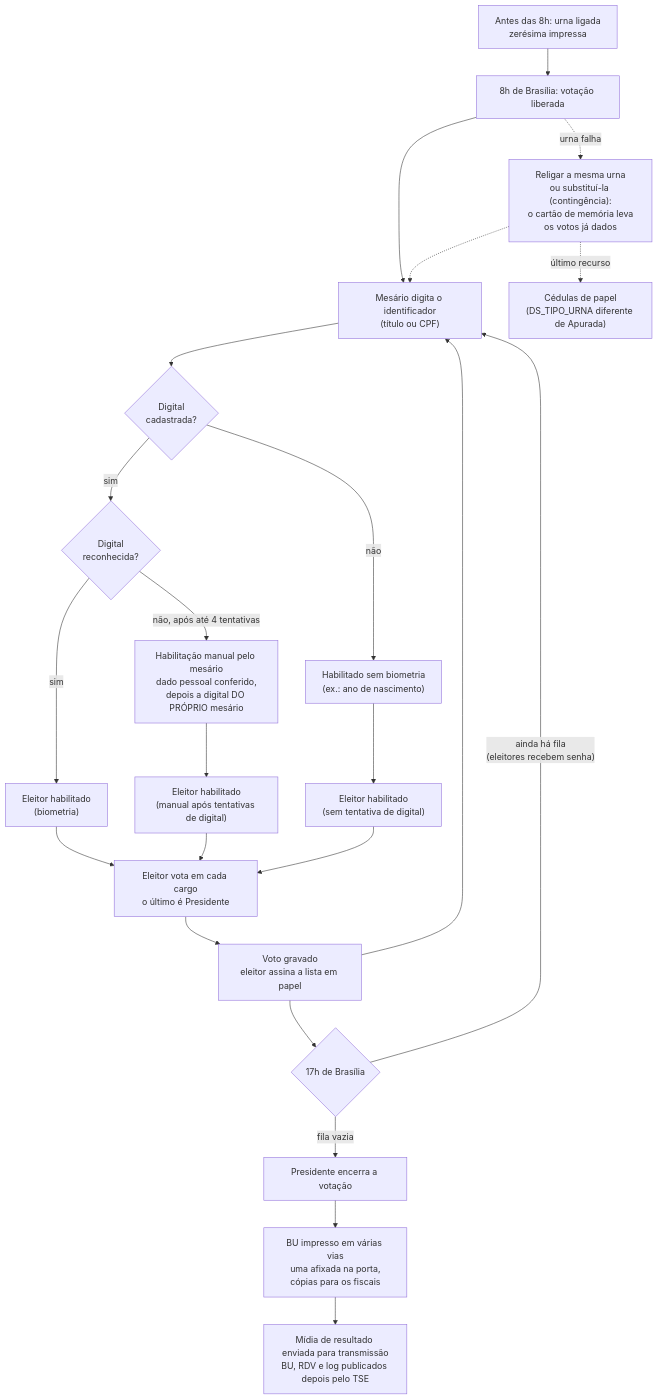
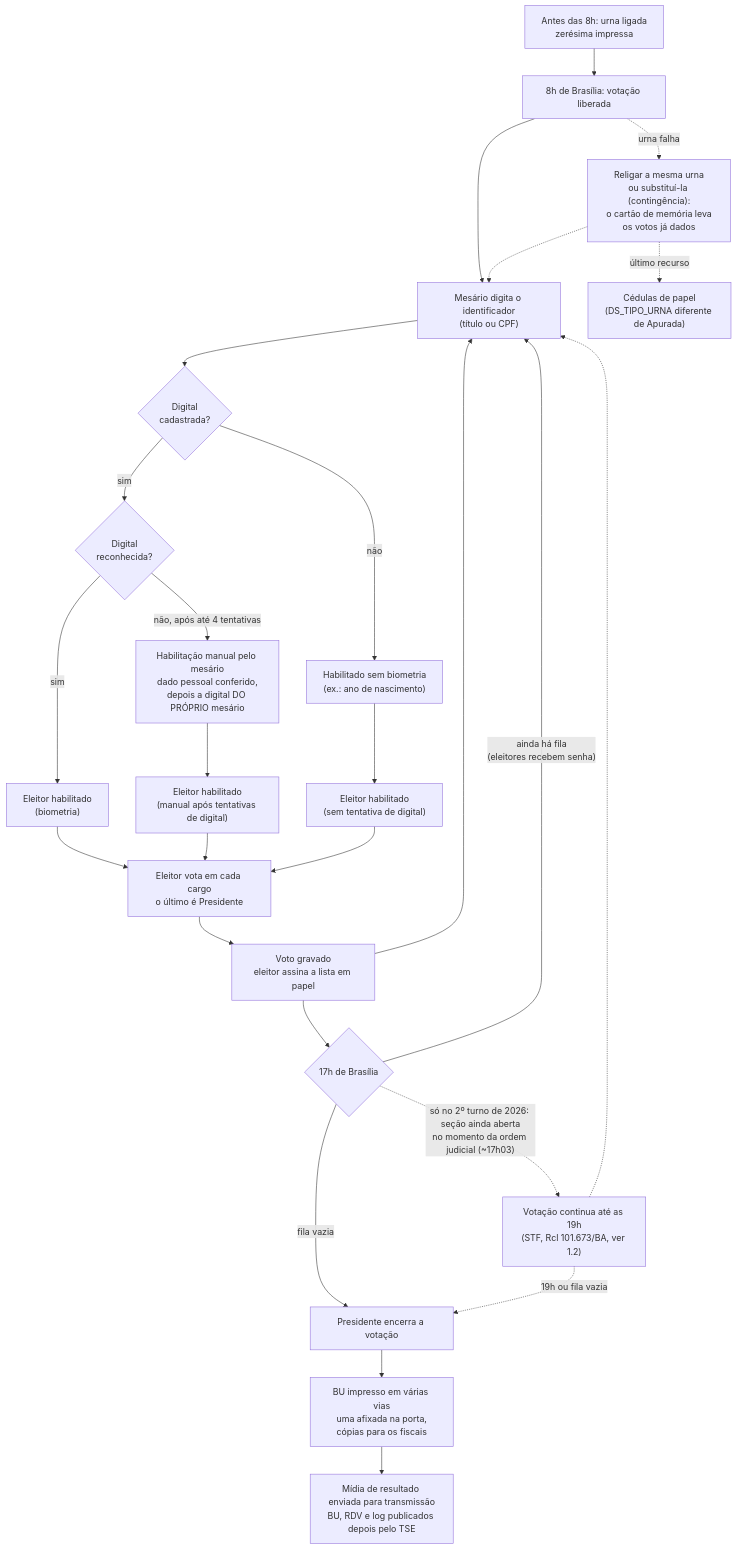
The diagram in RESEARCH_PLAN-pt-br.md (JonatasOnca/Auditoria-Eleicao-2026), drawn with Mermaid before and after one commit. The commit also changed other lines of this file and 1 other file, not shown here.

First line of the commit message:
Prorrogação até as 19h no 2º turno de 2026 no plano de pesquisa

````diff
--- a/RESEARCH_PLAN-pt-br.md
+++ b/RESEARCH_PLAN-pt-br.md
@@ -53,25 +53,28 @@
 ```mermaid
 flowchart TD
     A["Antes das 8h: urna ligada<br/>zerésima impressa"] --> B["8h de Brasília: votação liberada"]
     B --> C["Mesário digita o identificador<br/>(título ou CPF)"]
     C --> D{"Digital<br/>cadastrada?"}
     D -- sim --> E{"Digital<br/>reconhecida?"}
     E -- sim --> H["Eleitor habilitado<br/>(biometria)"]
     E -- "não, após até 4 tentativas" --> F["Habilitação manual pelo mesário<br/>dado pessoal conferido,<br/>depois a digital DO PRÓPRIO mesário"]
     D -- não --> G["Habilitado sem biometria<br/>(ex.: ano de nascimento)"]
     F --> I["Eleitor habilitado<br/>(manual após tentativas de digital)"]
     G --> J["Eleitor habilitado<br/>(sem tentativa de digital)"]
     H --> K["Eleitor vota em cada cargo<br/>o último é Presidente"]
     I --> K
     J --> K
     K --> L["Voto gravado<br/>eleitor assina a lista em papel"]
     L --> C
     L --> M{"17h de Brasília"}
     M -- "ainda há fila<br/>(eleitores recebem senha)" --> C
     M -- "fila vazia" --> N["Presidente encerra a votação"]
+    M -. "só no 2º turno de 2026: seção ainda aberta<br/>no momento da ordem judicial (~17h03)" .-> X["Votação continua até as 19h<br/>(STF, Rcl 101.673/BA, ver 1.2)"]
+    X -.-> C
+    X -. "19h ou fila vazia" .-> N
     N --> O["BU impresso em várias vias<br/>uma afixada na porta,<br/>cópias para os fiscais"]
     O --> P["Mídia de resultado enviada para transmissão<br/>BU, RDV e log publicados depois pelo TSE"]
     B -. "urna falha" .-> Q["Religar a mesma urna<br/>ou substituí-la (contingência):<br/>o cartão de memória leva<br/>os votos já dados"]
     Q -. "último recurso" .-> R["Cédulas de papel<br/>(DS_TIPO_URNA diferente de Apurada)"]
     Q -.-> C
 ```
````
